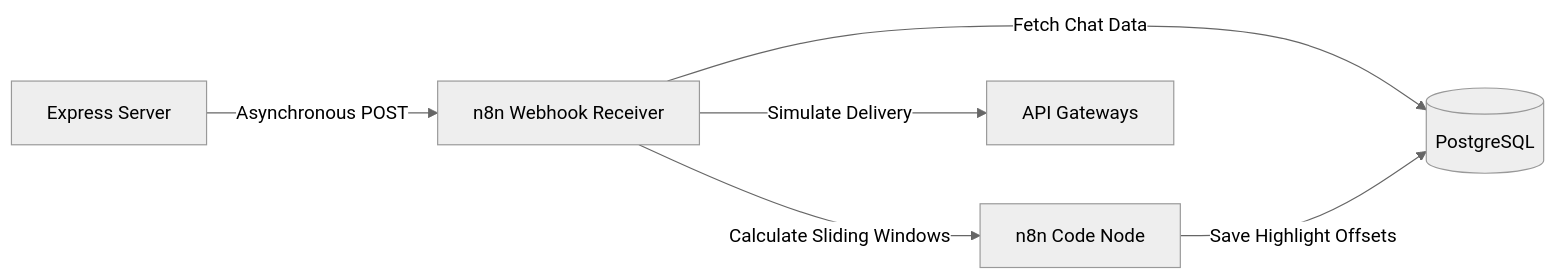
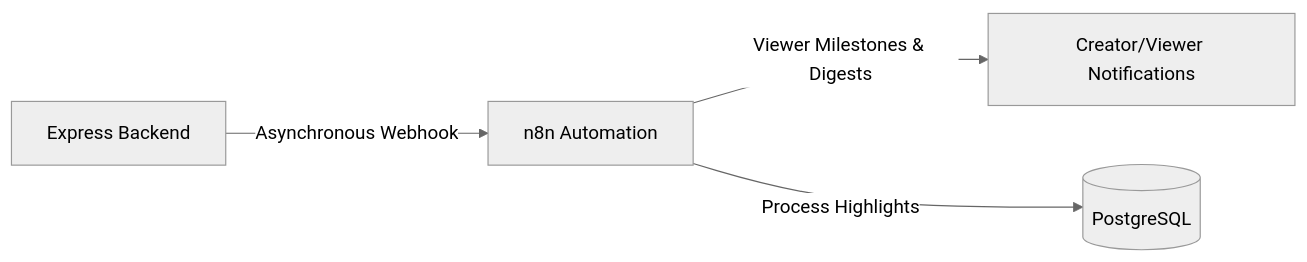
One commit to ANANYA542/LiveCast changed the third of 3 diagrams in README.md. Above: the diagram before and after it, drawn with Mermaid (neutral theme). The commit also changed other lines of this file and 1 other file, not shown here.

````diff
--- a/README.md
+++ b/README.md
@@ -127,8 +51,6 @@
 ```mermaid
 graph LR
-    A[Express Server] -->|Asynchronous POST| B[n8n Webhook Receiver]
-    B -->|Fetch Chat Data| C[(PostgreSQL)]
-    B -->|Calculate Sliding Windows| D[n8n Code Node]
-    D -->|Save Highlight Offsets| C
-    B -->|Simulate Delivery| E[API Gateways]
+    Express[Express Backend] -->|Asynchronous Webhook| n8n[n8n Automation]
+    n8n -->|Viewer Milestones & Digests| Notifications[Creator/Viewer Notifications]
+    n8n -->|Process Highlights| DB[(PostgreSQL)]
 ```
````
